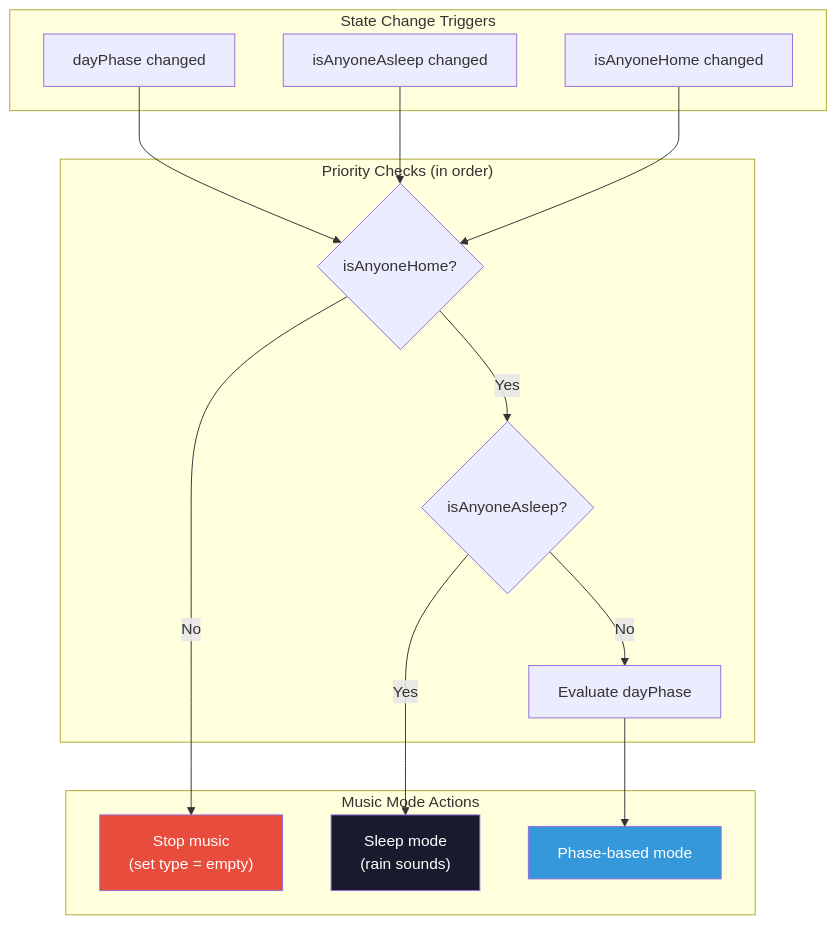
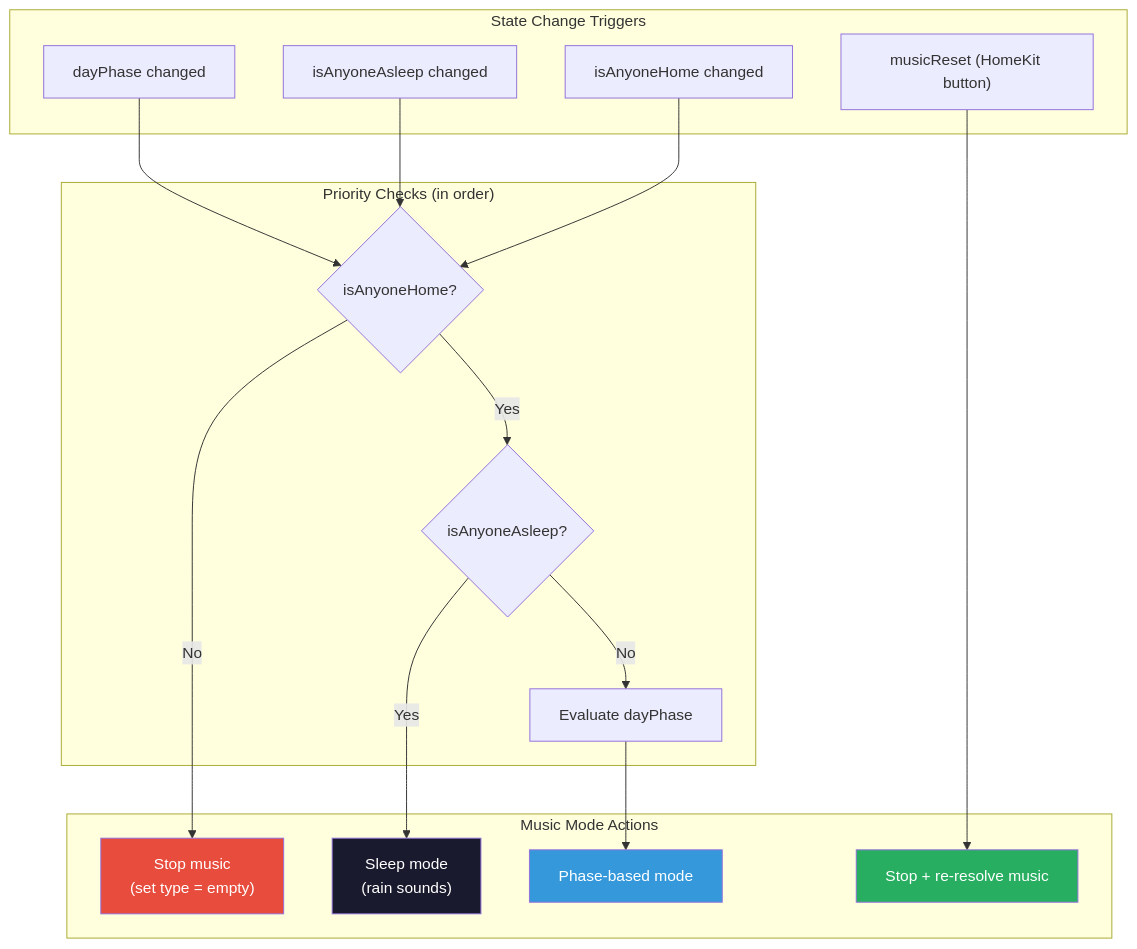
One commit to NickBorgers/home-automation changed the first of 7 diagrams in docs/flows/MUSIC_PLAYBACK.md. Above: the diagram before and after it, drawn with Mermaid.

Commit message:
Fix #1232: document musicReset playback trigger (#1233)
* docs: add musicReset to playback flow

* fix(docs): move resetAction into Actions subgraph and add style

All three reviewers flagged that resetAction was defined inline on
the edge, placing it outside all subgraphs and leaving it unstyled.
Move it into the Actions subgraph alongside stopMusic/sleepMode/phaseMode,
and add a matching green fill to match sibling terminal action nodes.

---------

````diff
--- a/docs/flows/MUSIC_PLAYBACK.md
+++ b/docs/flows/MUSIC_PLAYBACK.md
@@ -15,34 +15,38 @@
 ```mermaid
 flowchart TD
     subgraph Triggers["State Change Triggers"]
         dayPhase["dayPhase changed"]
         isAnyoneAsleep["isAnyoneAsleep changed"]
         isAnyoneHome["isAnyoneHome changed"]
+        musicReset["musicReset (HomeKit button)"]
     end
 
     subgraph Priority["Priority Checks (in order)"]
         checkHome{"isAnyoneHome?"}
         checkSleep{"isAnyoneAsleep?"}
         checkPhase["Evaluate dayPhase"]
     end
 
     subgraph Actions["Music Mode Actions"]
         stopMusic["Stop music<br/>(set type = empty)"]
         sleepMode["Sleep mode<br/>(rain sounds)"]
         phaseMode["Phase-based mode"]
+        resetAction["Stop + re-resolve music"]
     end
 
     dayPhase --> checkHome
     isAnyoneAsleep --> checkHome
     isAnyoneHome --> checkHome
+    musicReset --> resetAction
 
     checkHome -->|No| stopMusic
     checkHome -->|Yes| checkSleep
     checkSleep -->|Yes| sleepMode
     checkSleep -->|No| checkPhase
     checkPhase --> phaseMode
 
     style stopMusic fill:#e74c3c,color:#fff
     style sleepMode fill:#1a1a2e,color:#fff
     style phaseMode fill:#3498db,color:#fff
+    style resetAction fill:#27ae60,color:#fff
 ```
````
